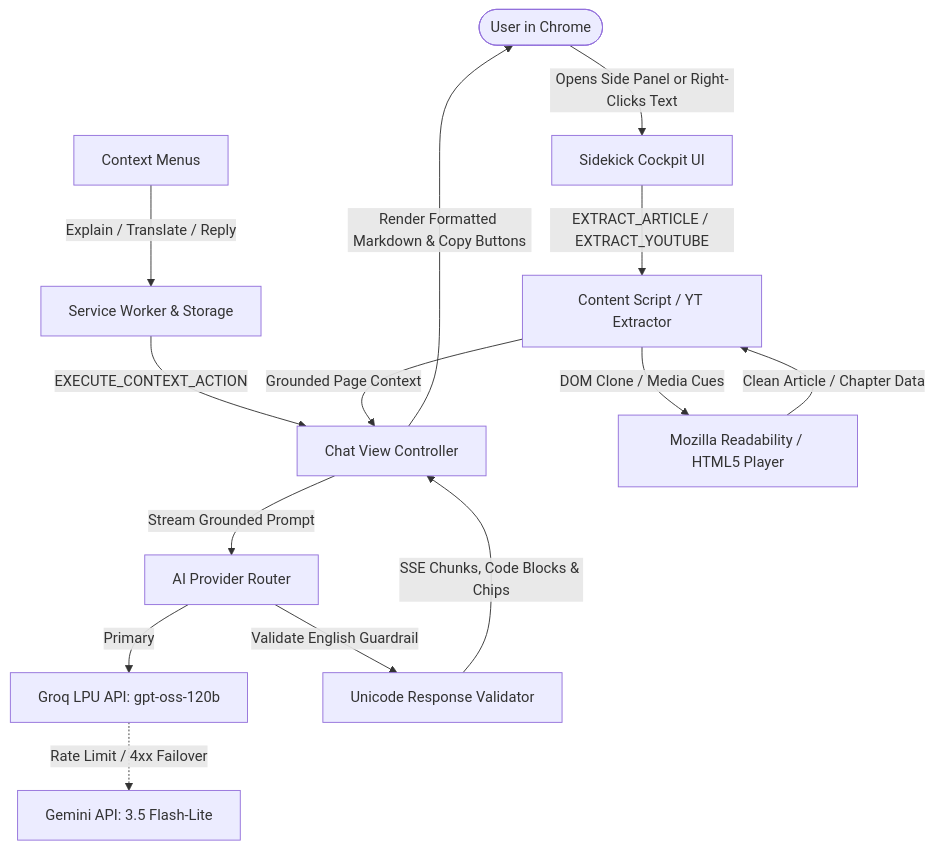
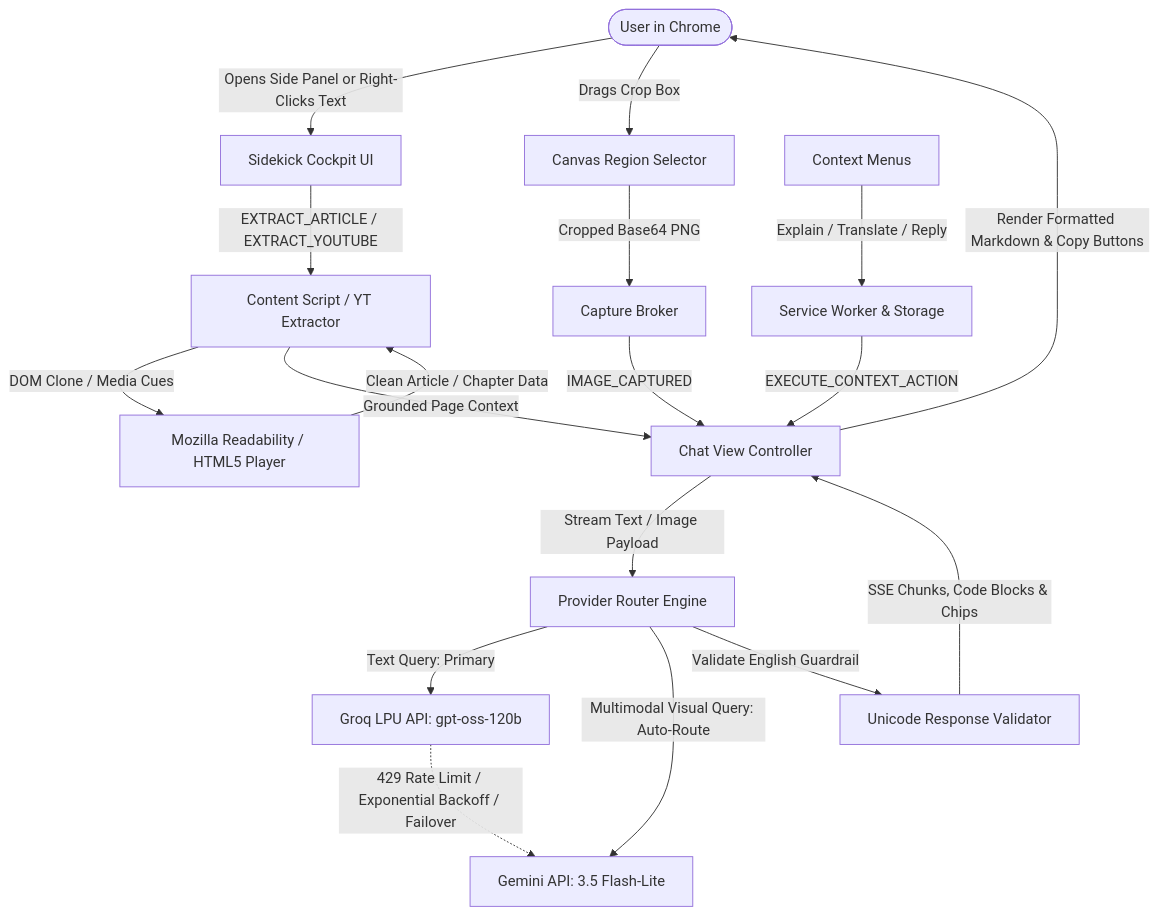
Before and after one commit to Niklaus2003/sidekick: the diagram in README.md, drawn with Mermaid. The commit also changed other lines of this file and 11 other files, not shown here.

Commit message:
feat(phase-2): implement screenshot visual QA and free-tier 429 fallback engine (slices 8-9)

````diff
--- a/README.md
+++ b/README.md
@@ -69,16 +81,20 @@
 ```mermaid
 graph TD
     User([User in Chrome]) -->|Opens Side Panel or Right-Clicks Text| SP[Sidekick Cockpit UI]
+    User -->|Drags Crop Box| RS[Canvas Region Selector]
+    RS -->|Cropped Base64 PNG| CB[Capture Broker]
+    CB -->|IMAGE_CAPTURED| CV[Chat View Controller]
     CM[Context Menus] -->|Explain / Translate / Reply| SW[Service Worker & Storage]
-    SW -->|EXECUTE_CONTEXT_ACTION| CV[Chat View Controller]
+    SW -->|EXECUTE_CONTEXT_ACTION| CV
     SP -->|EXTRACT_ARTICLE / EXTRACT_YOUTUBE| CS[Content Script / YT Extractor]
     CS -->|DOM Clone / Media Cues| RD[Mozilla Readability / HTML5 Player]
     RD -->|Clean Article / Chapter Data| CS
     CS -->|Grounded Page Context| CV
-    CV -->|Stream Grounded Prompt| AR[AI Provider Router]
-    AR -->|Primary| GQ[Groq LPU API: gpt-oss-120b]
-    GQ -.->|Rate Limit / 4xx Failover| GM[Gemini API: 3.5 Flash-Lite]
+    CV -->|Stream Text / Image Payload| AR[Provider Router Engine]
+    AR -->|Text Query: Primary| GQ[Groq LPU API: gpt-oss-120b]
+    GQ -.->|429 Rate Limit / Exponential Backoff / Failover| GM[Gemini API: 3.5 Flash-Lite]
+    AR -->|Multimodal Visual Query: Auto-Route| GM
     AR -->|Validate English Guardrail| RV[Unicode Response Validator]
     RV -->|SSE Chunks, Code Blocks & Chips| CV
     CV -->|Render Formatted Markdown & Copy Buttons| User
 ```
````
